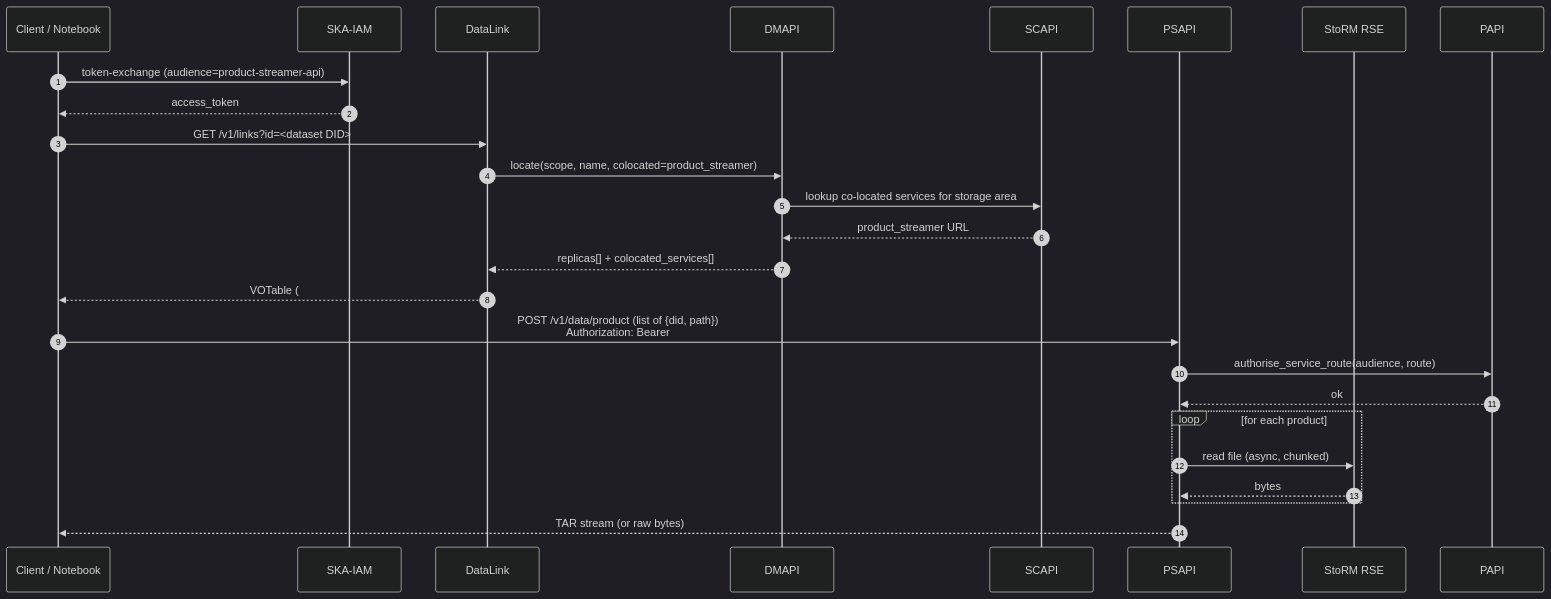
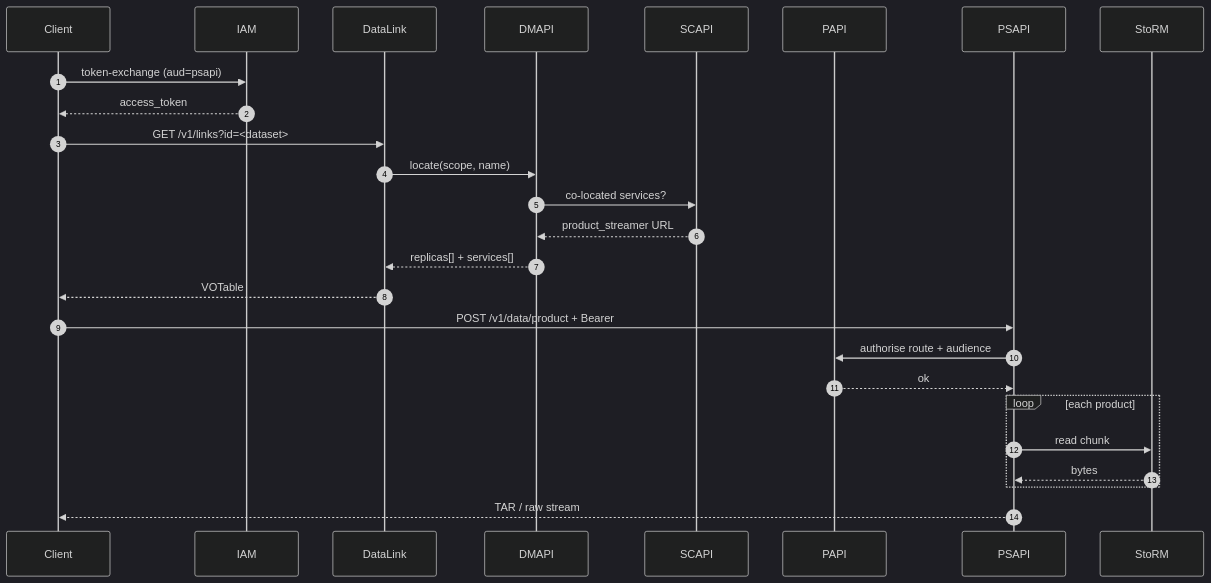
The third of 3 diagrams in slides.md (MicheleDelliVeneri/IVOA-Strasbourg-Product-Streamer), drawn with Mermaid (dark theme) before and after one commit. The commit also changed other lines of this file, not shown here.

````diff
--- a/slides.md
+++ b/slides.md
@@ -562,28 +632,29 @@
-```mermaid {scale: 0.62}
+```mermaid {scale: 0.45}
 sequenceDiagram
   autonumber
-  participant C as Client / Notebook
-  participant IAM as SKA-IAM
+  participant C as Client
+  participant IAM
   participant DL as DataLink
   participant DM as DMAPI
   participant SC as SCAPI
+  participant PA as PAPI
   participant PS as PSAPI
-  participant ST as StoRM RSE
+  participant ST as StoRM
 
-  C->>IAM: token-exchange (audience=product-streamer-api)
+  C->>IAM: token-exchange (aud=psapi)
   IAM-->>C: access_token
-  C->>DL: GET /v1/links?id=<dataset DID>
-  DL->>DM: locate(scope, name, colocated=product_streamer)
-  DM->>SC: lookup co-located services for storage area
+  C->>DL: GET /v1/links?id=<dataset>
+  DL->>DM: locate(scope, name)
+  DM->>SC: co-located services?
   SC-->>DM: product_streamer URL
-  DM-->>DL: replicas[] + colocated_services[]
-  DL-->>C: VOTable (#child rows + product-streamer RESOURCE)
-  C->>PS: POST /v1/data/product (list of {did, path})<br/>Authorization: Bearer
-  PS->>PAPI: authorise_service_route(audience, route)
-  PAPI-->>PS: ok
-  loop for each product
-    PS->>ST: read file (async, chunked)
+  DM-->>DL: replicas[] + services[]
+  DL-->>C: VOTable
+  C->>PS: POST /v1/data/product + Bearer
+  PS->>PA: authorise route + audience
+  PA-->>PS: ok
+  loop each product
+    PS->>ST: read chunk
     ST-->>PS: bytes
   end
-  PS-->>C: TAR stream (or raw bytes)
+  PS-->>C: TAR / raw stream
 ```
````
